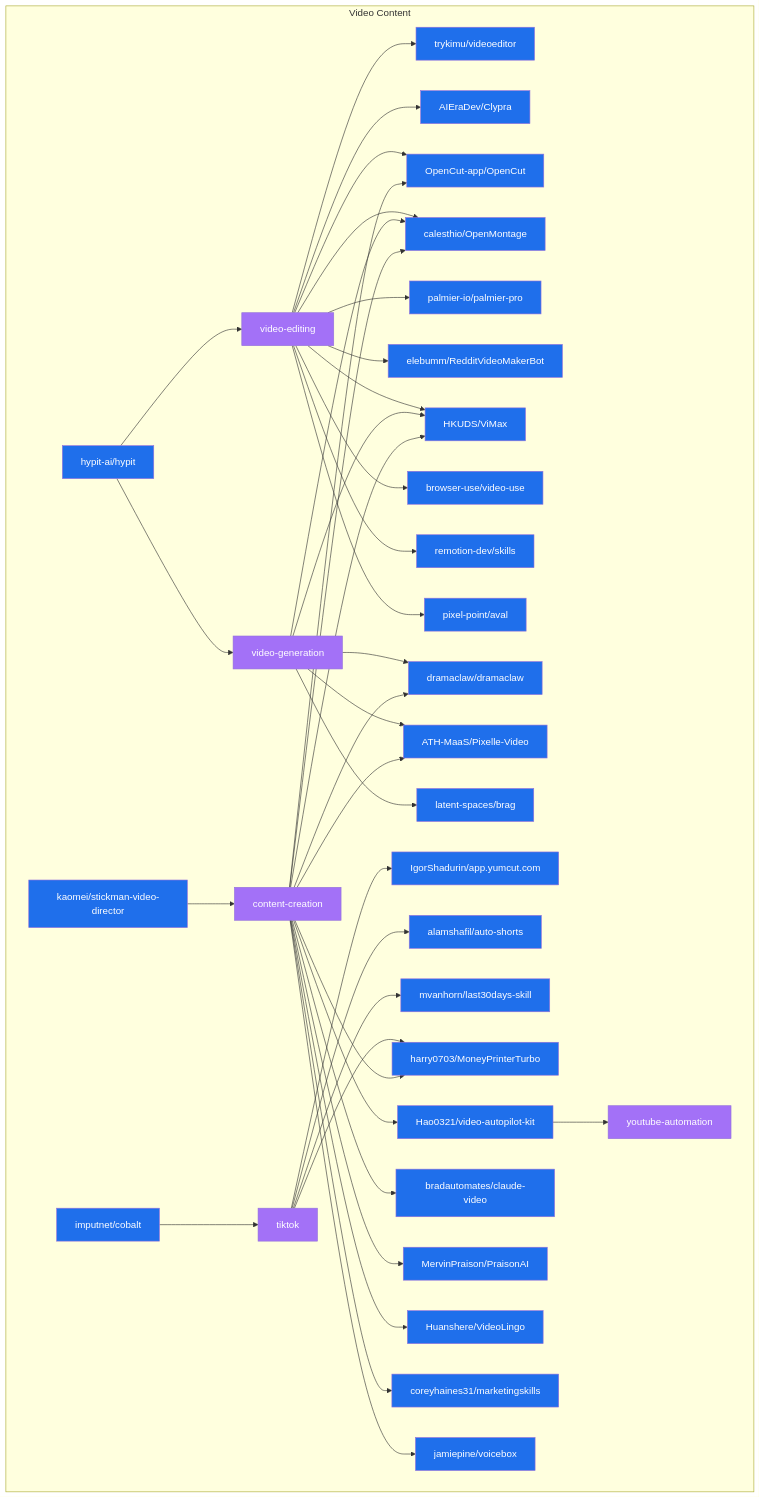
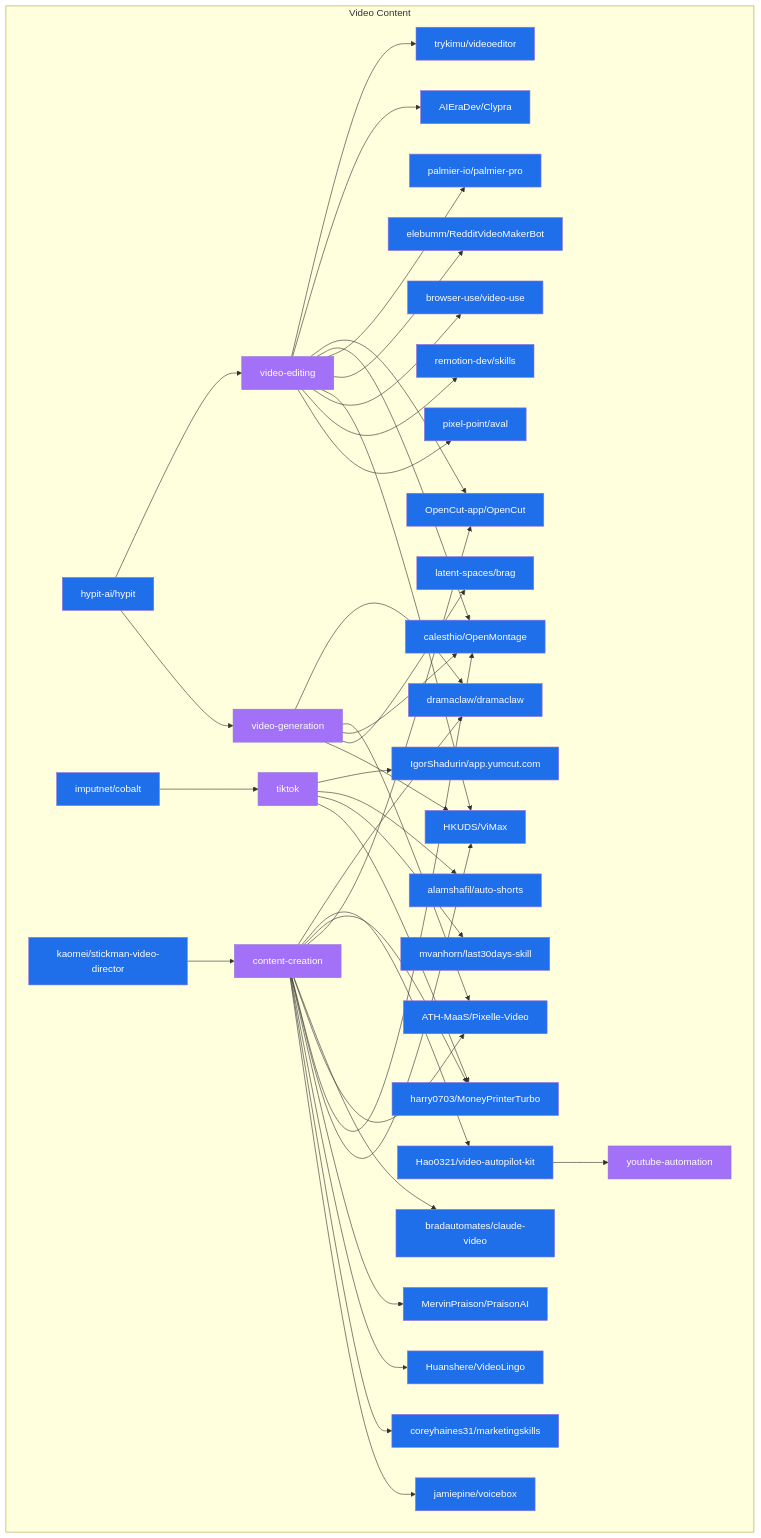
The diagram in data/star_graph_video_content.mermaid (Meru143/star-graph), drawn with Mermaid before and after one commit. The commit also changed other lines of this file and 15 other files, not shown here.

Commit message:
chore: weekly star graph update 2026-10-26

```diff
--- a/data/star_graph_video_content.mermaid
+++ b/data/star_graph_video_content.mermaid
@@ -1,75 +1,75 @@
 graph TD
   subgraph video_content ["Video Content"]
+    harry0703_MoneyPrinterTurbo["harry0703/MoneyPrinterTurbo"]:::repo
+    MervinPraison_PraisonAI["MervinPraison/PraisonAI"]:::repo
+    bradautomates_claude_video["bradautomates/claude-video"]:::repo
+    mvanhorn_last30days_skill["mvanhorn/last30days-skill"]:::repo
+    kaomei_stickman_video_director["kaomei/stickman-video-director"]:::repo
+    IgorShadurin_app_yumcut_com["IgorShadurin/app.yumcut.com"]:::repo
+    calesthio_OpenMontage["calesthio/OpenMontage"]:::repo
+    browser_use_video_use["browser-use/video-use"]:::repo
+    Huanshere_VideoLingo["Huanshere/VideoLingo"]:::repo
+    ATH_MaaS_Pixelle_Video["ATH-MaaS/Pixelle-Video"]:::repo
     video_editing["video-editing"]:::topic
-    calesthio_OpenMontage["calesthio/OpenMontage"]:::repo
+    hypit_ai_hypit["hypit-ai/hypit"]:::repo
+    palmier_io_palmier_pro["palmier-io/palmier-pro"]:::repo
+    youtube_automation["youtube-automation"]:::topic
+    HKUDS_ViMax["HKUDS/ViMax"]:::repo
     elebumm_RedditVideoMakerBot["elebumm/RedditVideoMakerBot"]:::repo
+    trykimu_videoeditor["trykimu/videoeditor"]:::repo
+    tiktok["tiktok"]:::topic
+    jamiepine_voicebox["jamiepine/voicebox"]:::repo
+    remotion_dev_skills["remotion-dev/skills"]:::repo
+    OpenCut_app_OpenCut["OpenCut-app/OpenCut"]:::repo
+    coreyhaines31_marketingskills["coreyhaines31/marketingskills"]:::repo
+    imputnet_cobalt["imputnet/cobalt"]:::repo
+    dramaclaw_dramaclaw["dramaclaw/dramaclaw"]:::repo
+    pixel_point_aval["pixel-point/aval"]:::repo
+    content_creation["content-creation"]:::topic
+    AIEraDev_Clypra["AIEraDev/Clypra"]:::repo
     video_generation["video-generation"]:::topic
-    tiktok["tiktok"]:::topic
-    content_creation["content-creation"]:::topic
-    harry0703_MoneyPrinterTurbo["harry0703/MoneyPrinterTurbo"]:::repo
-    browser_use_video_use["browser-use/video-use"]:::repo
-    trykimu_videoeditor["trykimu/videoeditor"]:::repo
-    dramaclaw_dramaclaw["dramaclaw/dramaclaw"]:::repo
-    HKUDS_ViMax["HKUDS/ViMax"]:::repo
-    MervinPraison_PraisonAI["MervinPraison/PraisonAI"]:::repo
+    latent_spaces_brag["latent-spaces/brag"]:::repo
     Hao0321_video_autopilot_kit["Hao0321/video-autopilot-kit"]:::repo
-    kaomei_stickman_video_director["kaomei/stickman-video-director"]:::repo
-    Huanshere_VideoLingo["Huanshere/VideoLingo"]:::repo
-    jamiepine_voicebox["jamiepine/voicebox"]:::repo
-    bradautomates_claude_video["bradautomates/claude-video"]:::repo
-    OpenCut_app_OpenCut["OpenCut-app/OpenCut"]:::repo
-    mvanhorn_last30days_skill["mvanhorn/last30days-skill"]:::repo
-    palmier_io_palmier_pro["palmier-io/palmier-pro"]:::repo
-    hypit_ai_hypit["hypit-ai/hypit"]:::repo
-    youtube_automation["youtube-automation"]:::topic
-    ATH_MaaS_Pixelle_Video["ATH-MaaS/Pixelle-Video"]:::repo
-    pixel_point_aval["pixel-point/aval"]:::repo
     alamshafil_auto_shorts["alamshafil/auto-shorts"]:::repo
-    imputnet_cobalt["imputnet/cobalt"]:::repo
-    AIEraDev_Clypra["AIEraDev/Clypra"]:::repo
-    remotion_dev_skills["remotion-dev/skills"]:::repo
-    coreyhaines31_marketingskills["coreyhaines31/marketingskills"]:::repo
-    latent_spaces_brag["latent-spaces/brag"]:::repo
-    IgorShadurin_app_yumcut_com["IgorShadurin/app.yumcut.com"]:::repo
   end
   hypit_ai_hypit --> video_editing
   hypit_ai_hypit --> video_generation
   video_editing --> trykimu_videoeditor
   video_editing --> AIEraDev_Clypra
   video_editing --> OpenCut_app_OpenCut
   video_editing --> calesthio_OpenMontage
   video_editing --> palmier_io_palmier_pro
   video_editing --> elebumm_RedditVideoMakerBot
   video_editing --> HKUDS_ViMax
   video_editing --> browser_use_video_use
   video_editing --> remotion_dev_skills
   video_editing --> pixel_point_aval
   video_generation --> dramaclaw_dramaclaw
   video_generation --> ATH_MaaS_Pixelle_Video
   video_generation --> calesthio_OpenMontage
   video_generation --> latent_spaces_brag
   video_generation --> HKUDS_ViMax
   imputnet_cobalt --> tiktok
   tiktok --> IgorShadurin_app_yumcut_com
   tiktok --> alamshafil_auto_shorts
   tiktok --> mvanhorn_last30days_skill
   tiktok --> harry0703_MoneyPrinterTurbo
   kaomei_stickman_video_director --> content_creation
   content_creation --> dramaclaw_dramaclaw
   content_creation --> Hao0321_video_autopilot_kit
   content_creation --> harry0703_MoneyPrinterTurbo
   content_creation --> OpenCut_app_OpenCut
   content_creation --> bradautomates_claude_video
   content_creation --> ATH_MaaS_Pixelle_Video
   content_creation --> calesthio_OpenMontage
   content_creation --> HKUDS_ViMax
   content_creation --> MervinPraison_PraisonAI
   content_creation --> Huanshere_VideoLingo
   content_creation --> coreyhaines31_marketingskills
   content_creation --> jamiepine_voicebox
   Hao0321_video_autopilot_kit --> youtube_automation
   classDef repo fill:#1f6feb,color:#fff;
   classDef topic fill:#a371f7,color:#fff;
   classDef technology fill:#3fb950,color:#fff;
   classDef use_case fill:#d29922,color:#fff;
   classDef architecture fill:#f85149,color:#fff;
```
